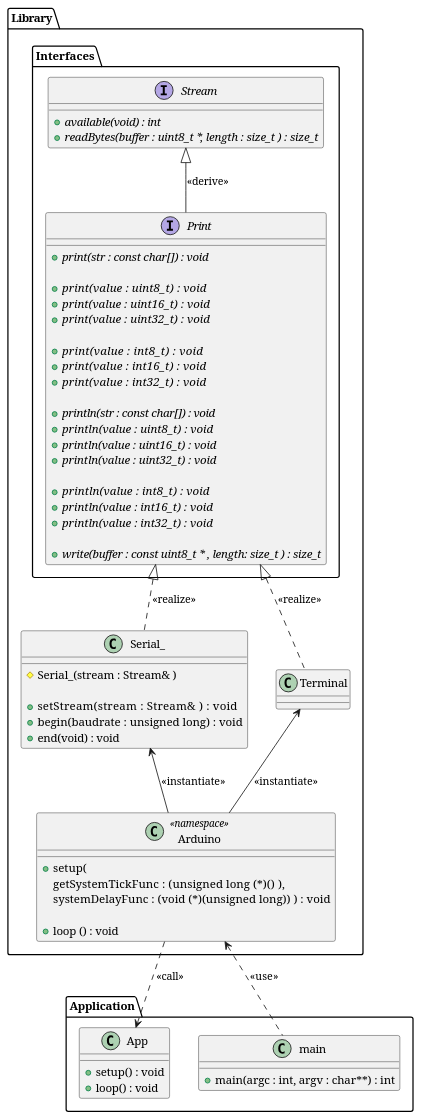
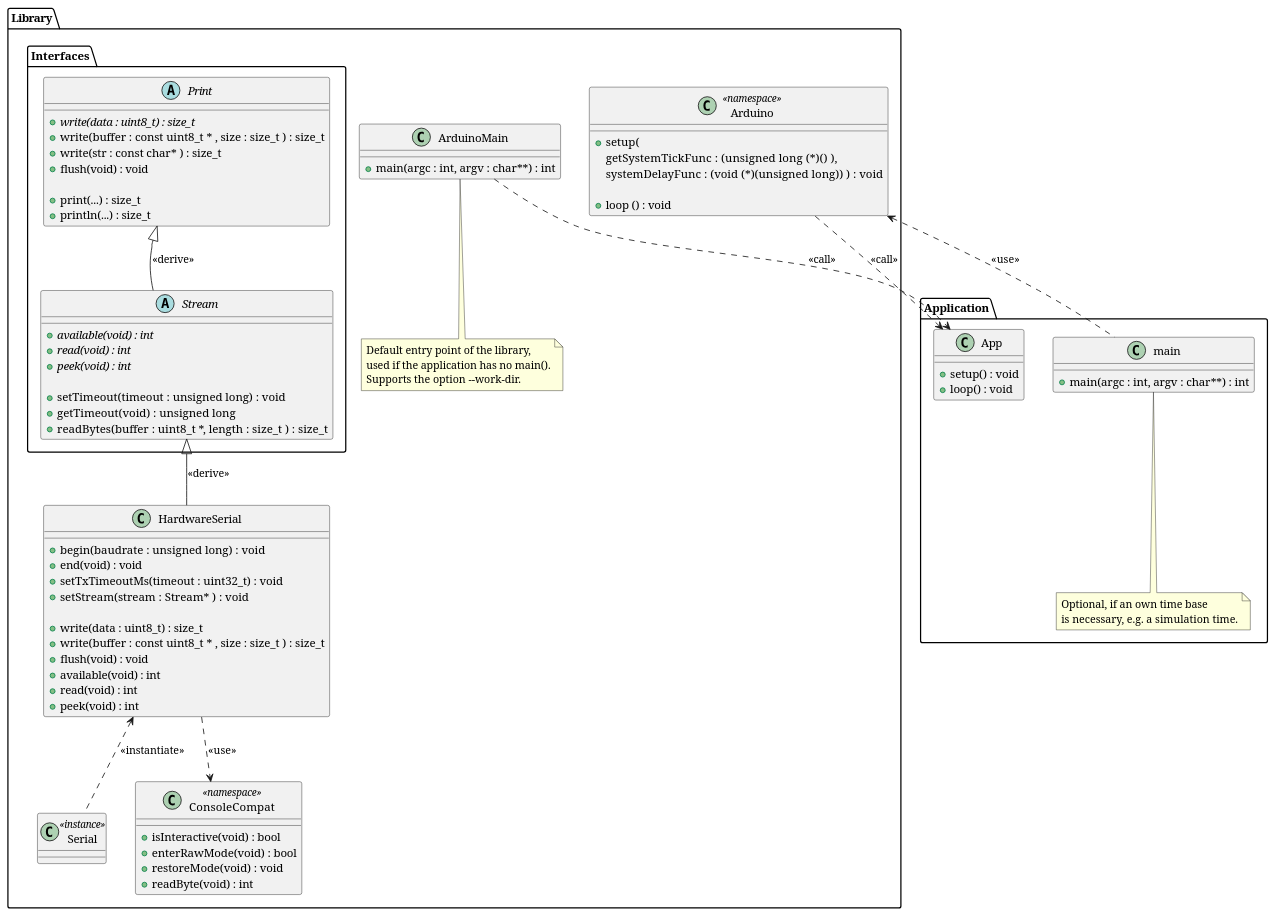
The diagram in doc/uml/ArduinoNative.plantuml (BlueAndi/ArduinoNative), drawn with PlantUML before and after one commit. The commit also changed 14 other files, not shown here.

```diff
--- a/doc/uml/ArduinoNative.plantuml
+++ b/doc/uml/ArduinoNative.plantuml
@@ -1,92 +1,107 @@
 @startuml ArduinoNative
 
 package "Library" as DeviceClasses {
 
   package "Interfaces" as Interfaces {
 
-    interface "Print" as iPrint {
-        + {abstract} print(str : const char[])  : void
+    abstract class "Print" as Print {
+        + {abstract} write(data : uint8_t) : size_t
+        + write(buffer : const uint8_t * , size : size_t ) : size_t
+        + write(str : const char* ) : size_t
+        + flush(void) : void
 
-        + {abstract} print(value : uint8_t)     : void
-        + {abstract} print(value : uint16_t)    : void
-        + {abstract} print(value : uint32_t)    : void
-
-        + {abstract} print(value : int8_t)      : void
-        + {abstract} print(value : int16_t)     : void
-        + {abstract} print(value : int32_t)     : void
-
-        '* with linefeed:  *'
-        + {abstract} println(str : const char[]) : void
-        + {abstract} println(value : uint8_t)    : void
-        + {abstract} println(value : uint16_t)   : void
-        + {abstract} println(value : uint32_t)   : void
-
-        + {abstract} println(value : int8_t)     : void
-        + {abstract} println(value : int16_t)    : void
-        + {abstract} println(value : int32_t)    : void
-
-        + {abstract} write(buffer : const uint8_t * , length: size_t ) : size_t
+        + print(...) : size_t
+        + println(...) : size_t
     }
 
-    interface "Stream" as iStream {
+    abstract class "Stream" as Stream {
         + {abstract} available(void) : int
-        + {abstract} readBytes(buffer : uint8_t *, length : size_t ) : size_t
+        + {abstract} read(void) : int
+        + {abstract} peek(void) : int
+
+        + setTimeout(timeout : unsigned long) : void
+        + getTimeout(void) : unsigned long
+        + readBytes(buffer : uint8_t *, length : size_t ) : size_t
     }
 
-    iStream <|-- iPrint : <<derive>>
+    Print <|-- Stream : <<derive>>
   }
 
 
 
-    class "Serial_" as Serial_ {
-        # Serial_(stream : Stream& )
-
-        + setStream(stream : Stream& )    : void
+    class "HardwareSerial" as HardwareSerial {
         + begin(baudrate : unsigned long) : void
         + end(void) : void
+        + setTxTimeoutMs(timeout : uint32_t) : void
+        + setStream(stream : Stream* ) : void
+
+        + write(data : uint8_t) : size_t
+        + write(buffer : const uint8_t * , size : size_t ) : size_t
+        + flush(void) : void
+        + available(void) : int
+        + read(void) : int
+        + peek(void) : int
     }
 
-    iPrint   <|.. Serial_ : <<realize>>
+    Stream <|-- HardwareSerial : <<derive>>
 
-    class "Terminal" as Terminal {
+    class "Serial" as Serial <<instance>> {
     }
 
-    iPrint  <|.. Terminal : <<realize>>
+    HardwareSerial <.. Serial : <<instantiate>>
 
+    class ConsoleCompat  <<namespace>>  {
+        + isInteractive(void) : bool
+        + enterRawMode(void) : bool
+        + restoreMode(void) : void
+        + readByte(void) : int
+    }
 
+    HardwareSerial ..> ConsoleCompat : <<use>>
 
     class Arduino  <<namespace>>  {
 
         + setup(
             getSystemTickFunc : (unsigned long (*)()   ),
             systemDelayFunc   : (void (*)(unsigned long)) ) : void
 
         + loop () : void
     }
 
+    class ArduinoMain  {
+        + main(argc : int, argv : char**) : int
+    }
+
+    note bottom of ArduinoMain
+        Default entry point of the library,
+        used if the application has no main().
+        Supports the option --work-dir.
+    end note
+
 }
 ' ---  end of DeviceClasses
-
-    Terminal <-- Arduino  : <<instantiate>>
-    Serial_  <-- Arduino  : <<instantiate>>
-
 
     package Application {
 
         class App {
             + setup() : void
             + loop() : void
         }
 
+        ArduinoMain ..> App : <<call>>
+
         Arduino ..> App : <<call>>
 
-        class main {
+        class "main" as AppMain {
             + main(argc : int, argv : char**) : int
         }
 
-        Arduino <.. main :  <<use>>
+        note bottom of AppMain
+            Optional, if an own time base
+            is necessary, e.g. a simulation time.
+        end note
+
+        Arduino <.. AppMain :  <<use>>
     }
 
-}
-
 @enduml
```
